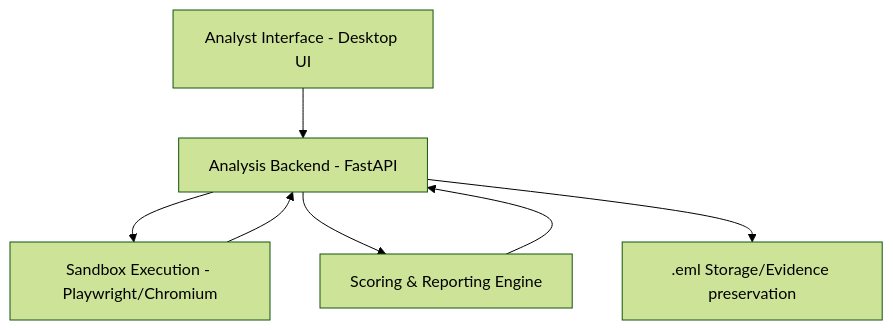
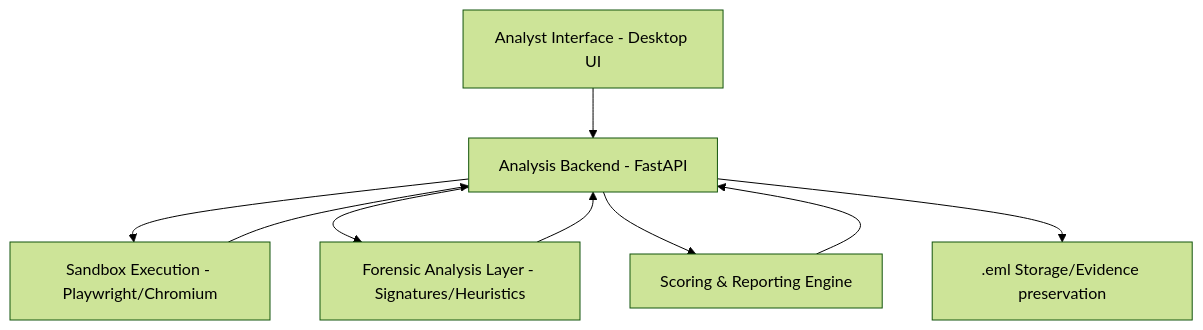
Before and after one commit to DHARANI2D/DESAS: the diagram in docs/DESIGN.md, drawn with Mermaid (forest theme). The commit also changed other lines of this file and 4 other files, not shown here.

````diff
--- a/docs/DESIGN.md
+++ b/docs/DESIGN.md
@@ -9,9 +9,11 @@
 ```mermaid
 graph TD
     A[Analyst Interface - Desktop UI] --> B[Analysis Backend - FastAPI]
     B --> C[Sandbox Execution - Playwright/Chromium]
-    B --> D[Scoring & Reporting Engine]
+    B --> D[Forensic Analysis Layer - Signatures/Heuristics]
+    B --> E[Scoring & Reporting Engine]
     C --> B
     D --> B
-    B --> E[.eml Storage/Evidence preservation]
+    E --> B
+    B --> F[.eml Storage/Evidence preservation]
 ```
````
